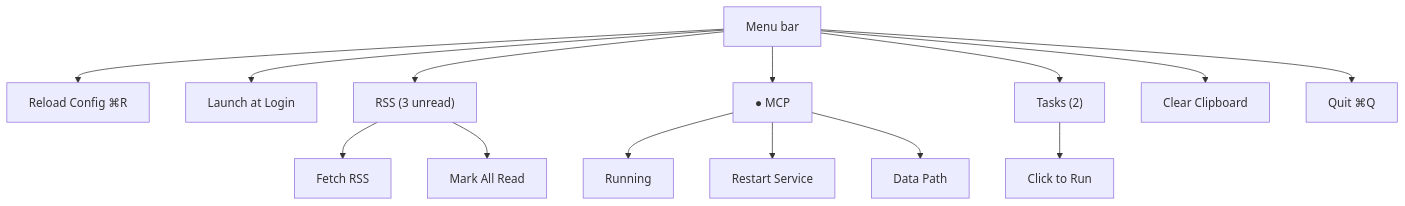
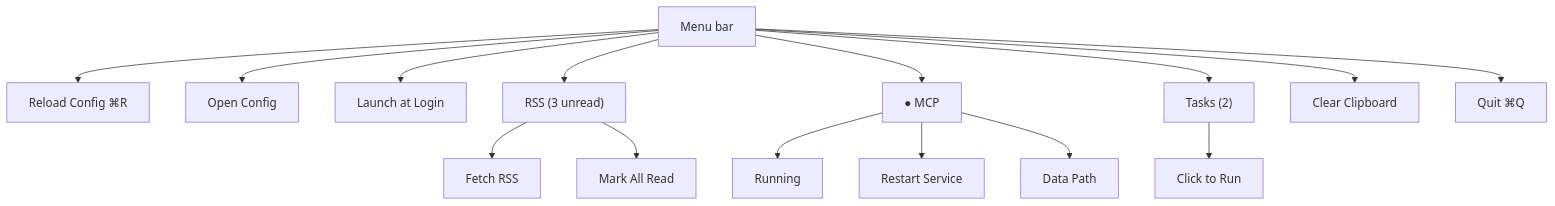
One commit to yuanyxh/utility changed the second of 6 diagrams in README.md. Above: the diagram before and after it, drawn with Mermaid. The commit also changed other lines of this file and 8 other files, not shown here.

````diff
--- a/README.md
+++ b/README.md
@@ -307,17 +307,18 @@
 ```mermaid
 flowchart TD
   menu["Menu bar"]
   menu --> reload["Reload Config ⌘R"]
+  menu --> open["Open Config"]
   menu --> login["Launch at Login"]
   menu --> rss["RSS (3 unread)"]
   rss --> fetch["Fetch RSS"]
   rss --> read["Mark All Read"]
   menu --> mcp["● MCP"]
   mcp --> status["Running"]
   mcp --> restart["Restart Service"]
   mcp --> path["Data Path"]
   menu --> tasks["Tasks (2)"]
   tasks --> run["Click to Run"]
   menu --> clear["Clear Clipboard"]
   menu --> quit["Quit ⌘Q"]
 ```
````
